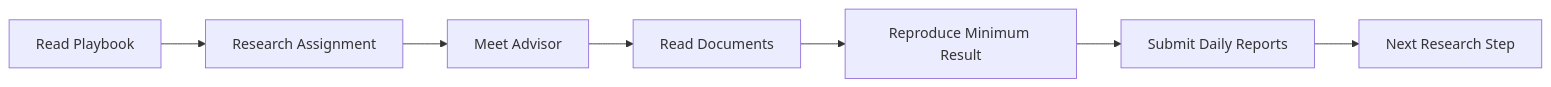
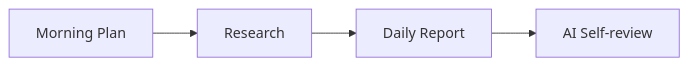
Before and after one commit to raycg/Open-Research-Playbook: the second of 2 diagrams in 03-student-onboarding.md, drawn with Mermaid. The commit also changed other lines of this file, not shown here.

````diff
--- a/03-student-onboarding.md
+++ b/03-student-onboarding.md
@@ -55,17 +131,11 @@
 ```mermaid
 graph LR
-    R[Read Playbook]
-    A[Research Assignment]
-    M[Meet Advisor]
-    D[Read Documents]
-    V[Reproduce Minimum Result]
-    DR[Submit Daily Reports]
-    N[Next Research Step]
+    P[Morning Plan]
+    R[Research]
+    D[Daily Report]
+    A[AI Self-review]
 
-    R --> A
-    A --> M
-    M --> D
-    D --> V
-    V --> DR
-    DR --> N
+    P --> R
+    R --> D
+    D --> A
 ```
````
